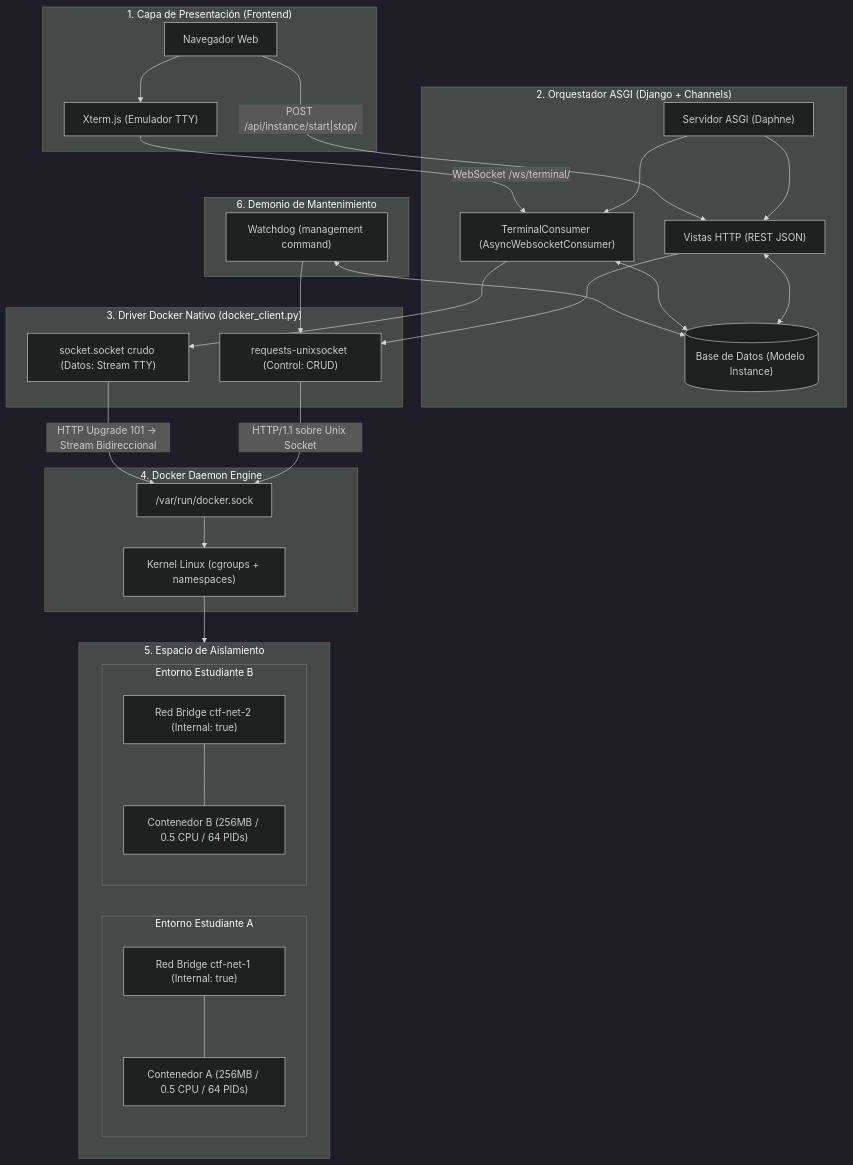
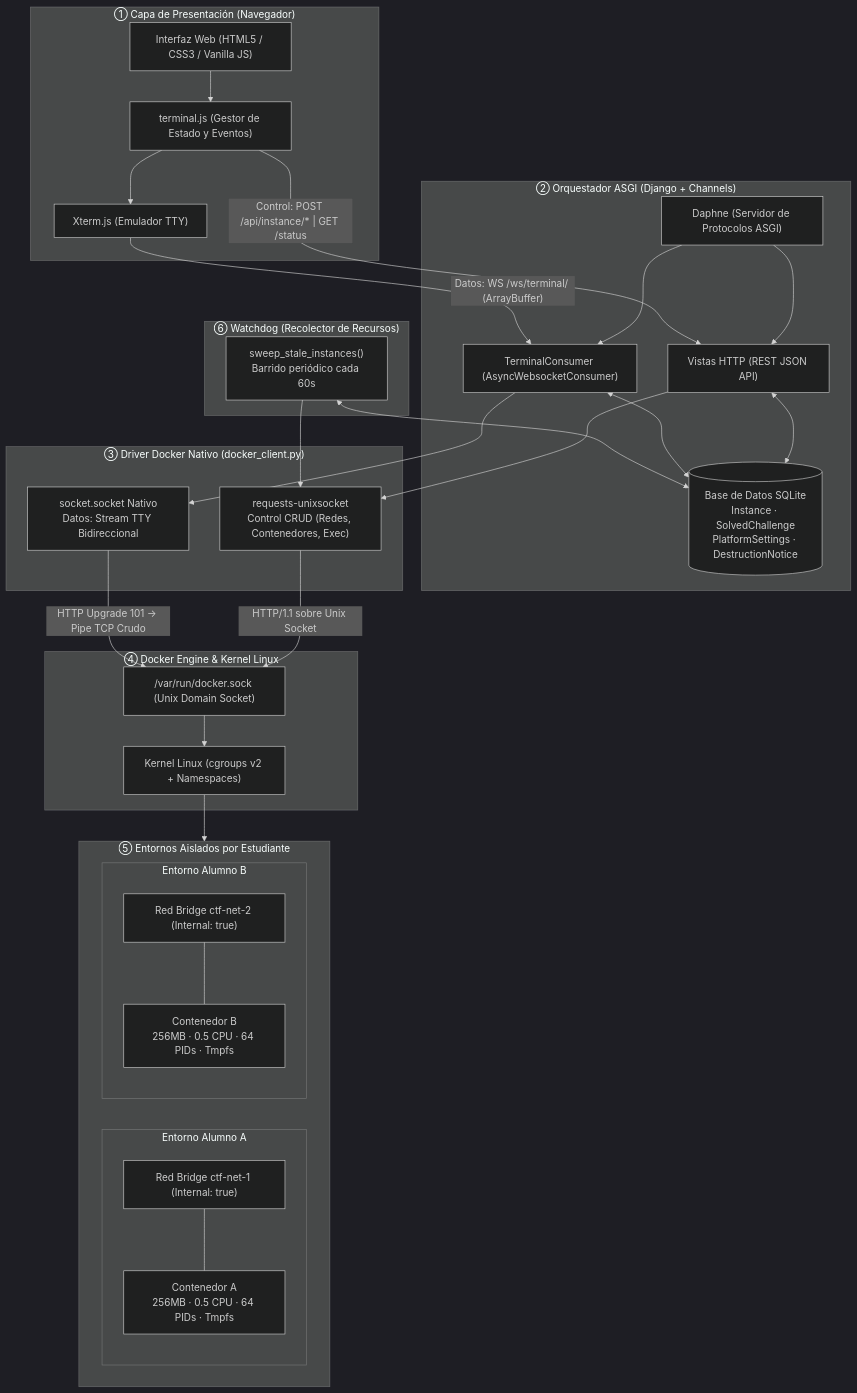
Before and after one commit to Daniel132005/Orquestador-daemon: the second of 7 diagrams in docs/arquitectura.md, drawn with Mermaid (dark theme). The commit also changed other lines of this file and 19 other files, not shown here.

````diff
--- a/docs/arquitectura.md
+++ b/docs/arquitectura.md
@@ -19,59 +167,62 @@
 ```mermaid
 flowchart TD
-    subgraph Frontend["1. Capa de Presentación (Frontend)"]
-        UI["Navegador Web"]
+    subgraph FE["① Capa de Presentación (Navegador)"]
+        UI["Interfaz Web (HTML5 / CSS3 / Vanilla JS)"]
         Xterm["Xterm.js (Emulador TTY)"]
-        UI --> Xterm
+        JS["terminal.js (Gestor de Estado y Eventos)"]
+        UI --> JS
+        JS --> Xterm
     end
 
-    subgraph Backend["2. Orquestador ASGI (Django + Channels)"]
-        Daphne["Servidor ASGI (Daphne)"]
-        Views["Vistas HTTP (REST JSON)"]
+    subgraph BE["② Orquestador ASGI (Django + Channels)"]
+        Daphne["Daphne (Servidor de Protocolos ASGI)"]
+        Views["Vistas HTTP (REST JSON API)"]
         Consumer["TerminalConsumer (AsyncWebsocketConsumer)"]
-        DB[("Base de Datos (Modelo Instance)")]
-        
+        DB[("Base de Datos SQLite\nInstance · SolvedChallenge\nPlatformSettings · DestructionNotice")]
+
         Daphne --> Views
         Daphne --> Consumer
         Views <--> DB
         Consumer <--> DB
     end
 
-    subgraph Driver["3. Driver Docker Nativo (docker_client.py)"]
-        RESTClient["requests-unixsocket (Control: CRUD)"]
-        HijackClient["socket.socket crudo (Datos: Stream TTY)"]
+    subgraph Driver["③ Driver Docker Nativo (docker_client.py)"]
+        REST["requests-unixsocket\nControl CRUD (Redes, Contenedores, Exec)"]
+        Hijack["socket.socket Nativo\nDatos: Stream TTY Bidireccional"]
     end
 
-    subgraph Daemon["4. Docker Daemon Engine"]
-        Sock["/var/run/docker.sock"]
-        Kernel["Kernel Linux (cgroups + namespaces)"]
+    subgraph Daemon["④ Docker Engine & Kernel Linux"]
+        Sock["/var/run/docker.sock (Unix Domain Socket)"]
+        Kernel["Kernel Linux (cgroups v2 + Namespaces)"]
     end
 
-    subgraph Containers["5. Espacio de Aislamiento"]
-        subgraph UserA["Entorno Estudiante A"]
+    subgraph Isolation["⑤ Entornos Aislados por Estudiante"]
+        direction LR
+        subgraph UA["Entorno Alumno A"]
             NetA["Red Bridge ctf-net-1 (Internal: true)"]
-            ContA["Contenedor A (256MB / 0.5 CPU / 64 PIDs)"]
+            ContA["Contenedor A\n256MB · 0.5 CPU · 64 PIDs · Tmpfs"]
             NetA --- ContA
         end
-        subgraph UserB["Entorno Estudiante B"]
+        subgraph UB["Entorno Alumno B"]
             NetB["Red Bridge ctf-net-2 (Internal: true)"]
-            ContB["Contenedor B (256MB / 0.5 CPU / 64 PIDs)"]
+            ContB["Contenedor B\n256MB · 0.5 CPU · 64 PIDs · Tmpfs"]
             NetB --- ContB
         end
     end
 
-    subgraph Reaper["6. Demonio de Mantenimiento"]
-        Watchdog["Watchdog (management command)"]
-        Watchdog <--> DB
-        Watchdog --> RESTClient
+    subgraph Reaper["⑥ Watchdog (Recolector de Recursos)"]
+        WD["sweep_stale_instances()\nBarrido periódico cada 60s"]
+        WD <--> DB
+        WD --> REST
     end
 
-    %% Flujos de Comunicación
-    UI -- "POST /api/instance/start|stop/" --> Views
-    Xterm -- "WebSocket /ws/terminal/" --> Consumer
-    Views --> RESTClient
-    Consumer --> HijackClient
-    RESTClient -- "HTTP/1.1 sobre Unix Socket" --> Sock
-    HijackClient -- "HTTP Upgrade 101 -> Stream Bidireccional" --> Sock
+    %% Conexiones entre componentes
+    JS -- "Control: POST /api/instance/* | GET /status" --> Views
+    Xterm -- "Datos: WS /ws/terminal/ (ArrayBuffer)" --> Consumer
+    Views --> REST
+    Consumer --> Hijack
+    REST -- "HTTP/1.1 sobre Unix Socket" --> Sock
+    Hijack -- "HTTP Upgrade 101 → Pipe TCP Crudo" --> Sock
     Sock --> Kernel
-    Kernel --> Containers
+    Kernel --> Isolation
 ```
````
